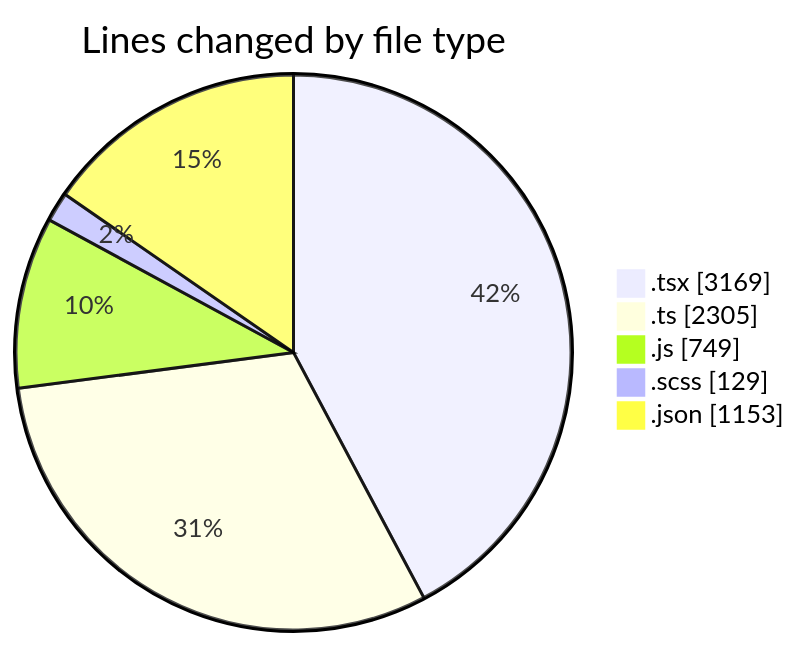
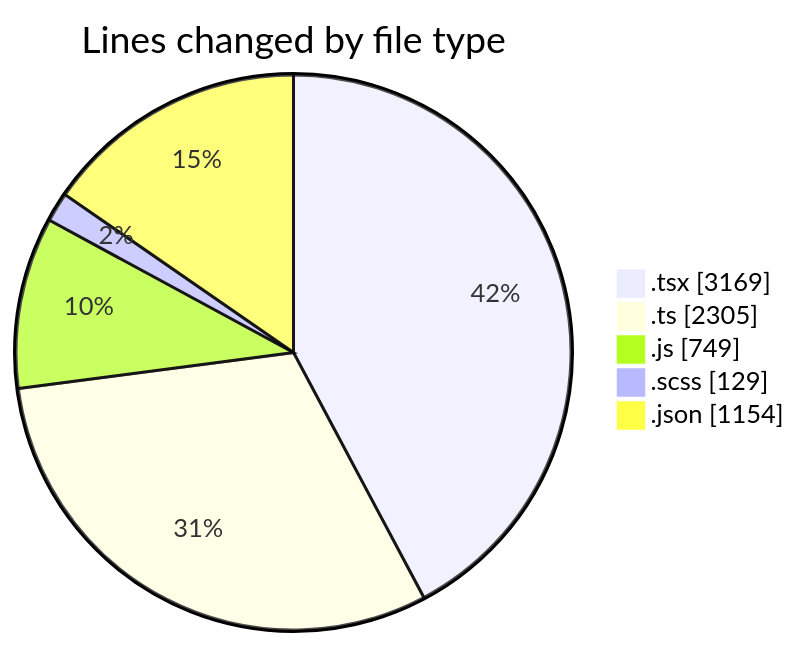
Before and after one commit to momahboobian/code-tracking: the first of 2 diagrams in 2026-06-15/cda/README.md, drawn with Mermaid. The commit also changed other lines of this file and 1 other file, not shown here.

````diff
--- a/2026-06-15/cda/README.md
+++ b/2026-06-15/cda/README.md
@@ -62,9 +62,9 @@
 ```mermaid
 pie showData
 title Lines changed by file type
 ".tsx" : 3169
 ".ts" : 2305
 ".js" : 749
 ".scss" : 129
-".json" : 1153
+".json" : 1154
 ```
````
